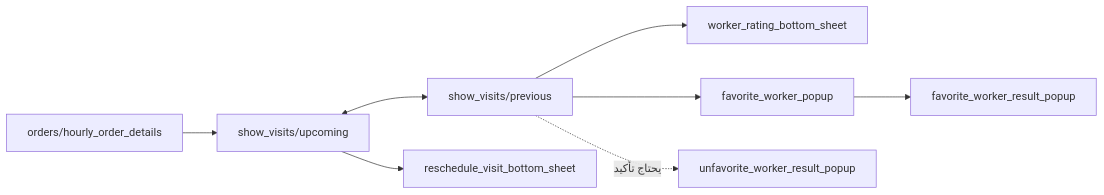
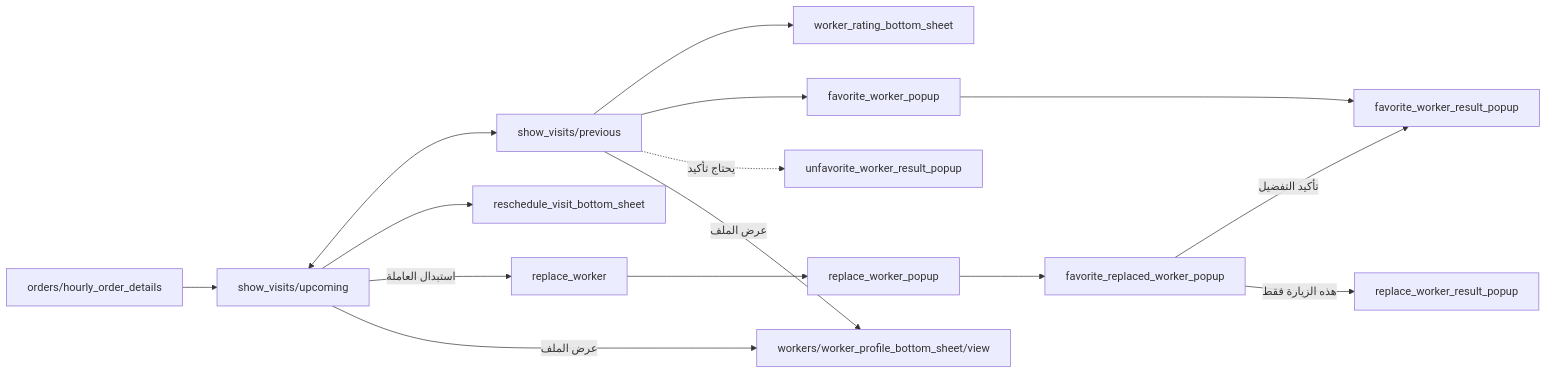
The diagram in project/product/features/visits.md (mmsanad7/belkhedma), drawn with Mermaid before and after one commit. The commit also changed other lines of this file and 12 other files, not shown here.

````diff
--- a/project/product/features/visits.md
+++ b/project/product/features/visits.md
@@ -8,9 +8,14 @@
 ```mermaid
 flowchart LR
     HD["orders/hourly_order_details"] --> U["show_visits/upcoming"]
     U <--> P["show_visits/previous"]
     U --> RS["reschedule_visit_bottom_sheet"]
     P --> WR["worker_rating_bottom_sheet"]
     P --> FW["favorite_worker_popup"] --> FWR["favorite_worker_result_popup"]
     P -.->|"يحتاج تأكيد"| UFR["unfavorite_worker_result_popup"]
+    U -->|"استبدال العاملة"| RW["replace_worker"] --> RWP["replace_worker_popup"] --> FRP["favorite_replaced_worker_popup"]
+    FRP -->|"تأكيد التفضيل"| FWR
+    FRP -->|"هذه الزيارة فقط"| RWR["replace_worker_result_popup"]
+    U -->|"عرض الملف"| PV["workers/worker_profile_bottom_sheet/view"]
+    P -->|"عرض الملف"| PV
 ```
````
